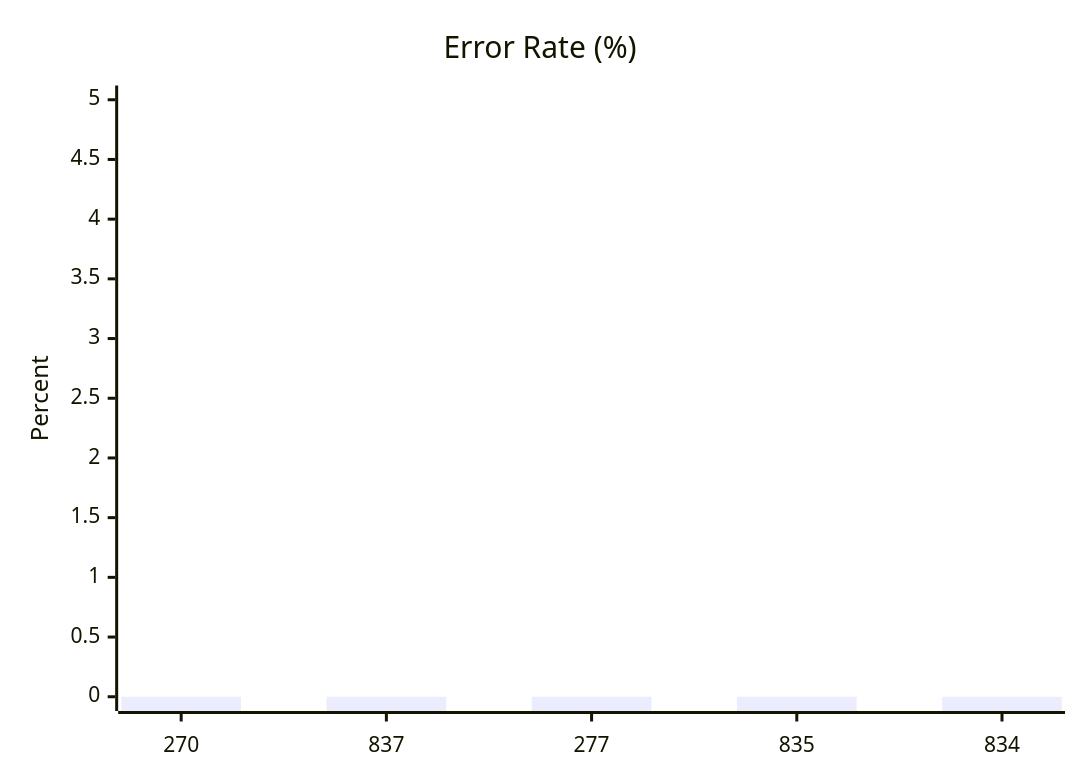
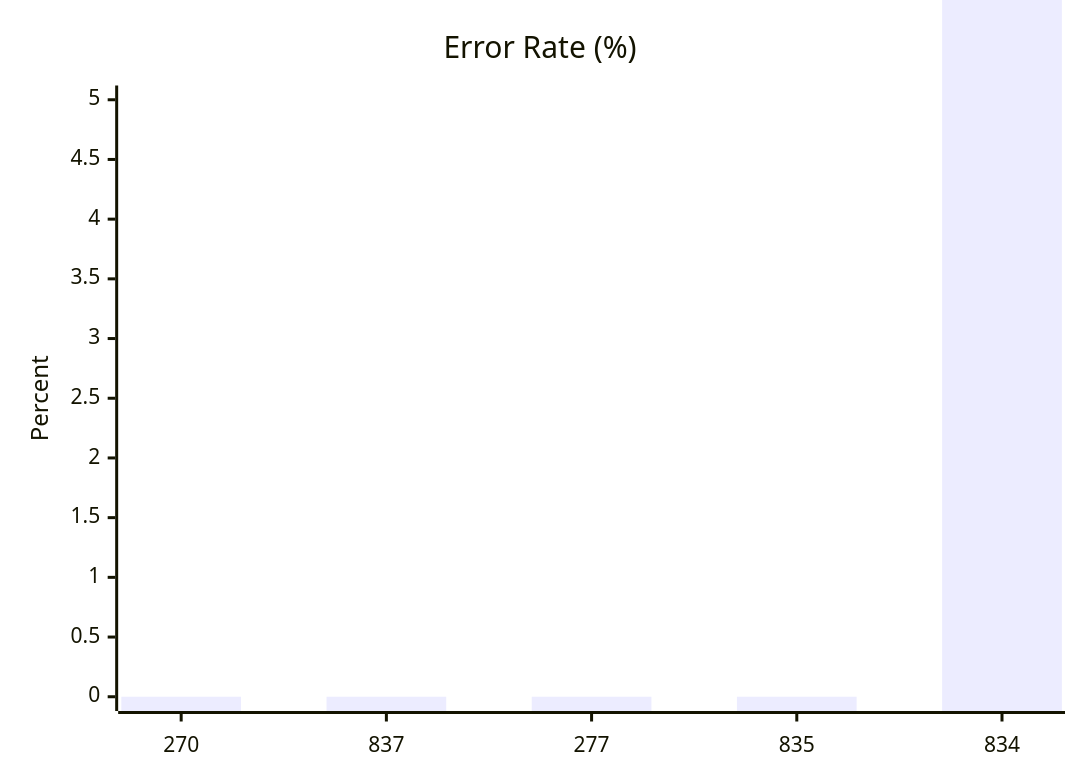
The fifth of 11 diagrams in test-tools/DataGen/src/Statistics_Visualizer.md (dhagan-va/intern-2025), drawn with Mermaid before and after one commit. The commit also changed other lines of this file and 1 other file, not shown here.

````diff
--- a/test-tools/DataGen/src/Statistics_Visualizer.md
+++ b/test-tools/DataGen/src/Statistics_Visualizer.md
@@ -60,7 +60,7 @@
 ```mermaid
 xychart-beta
     title "Error Rate (%)"
     x-axis ["270", "837", "277", "835", "834"]
     y-axis "Percent" 0 --> 5
-    bar [0, 0, 0, 0, 0]
+    bar [0, 0, 0, 0, 50.0]
 ```
````
